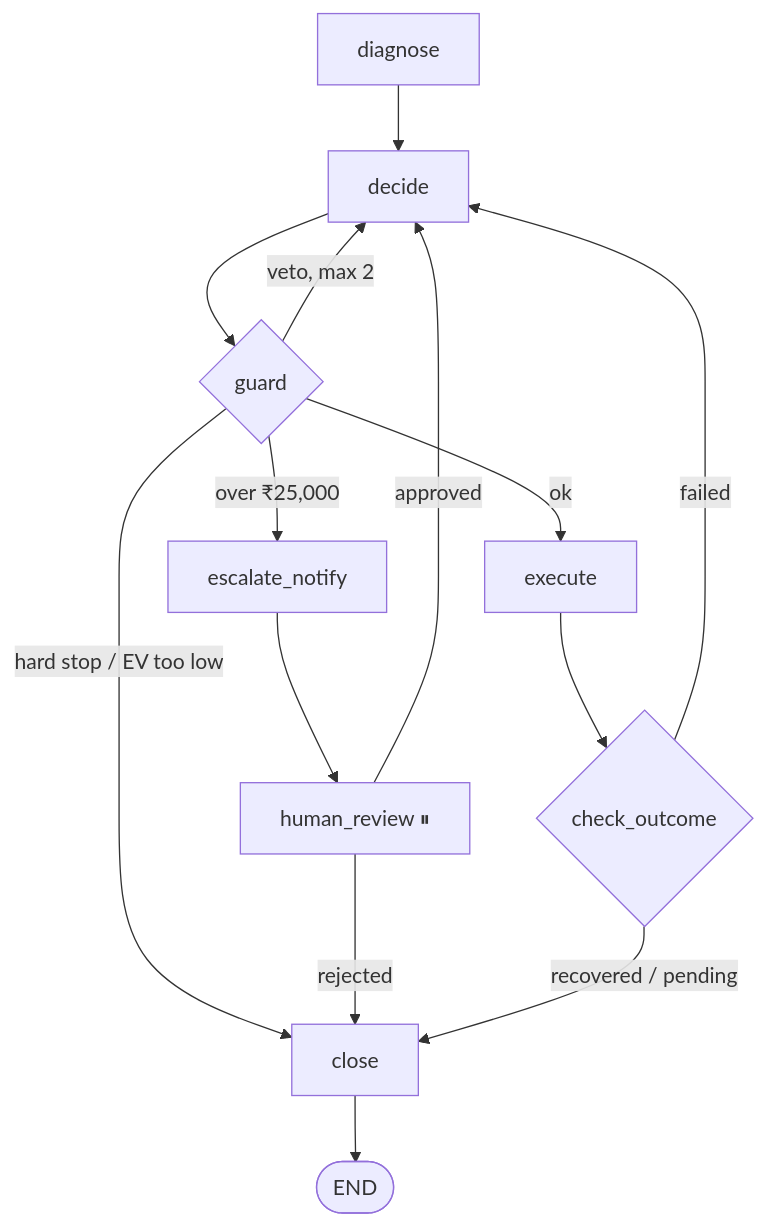
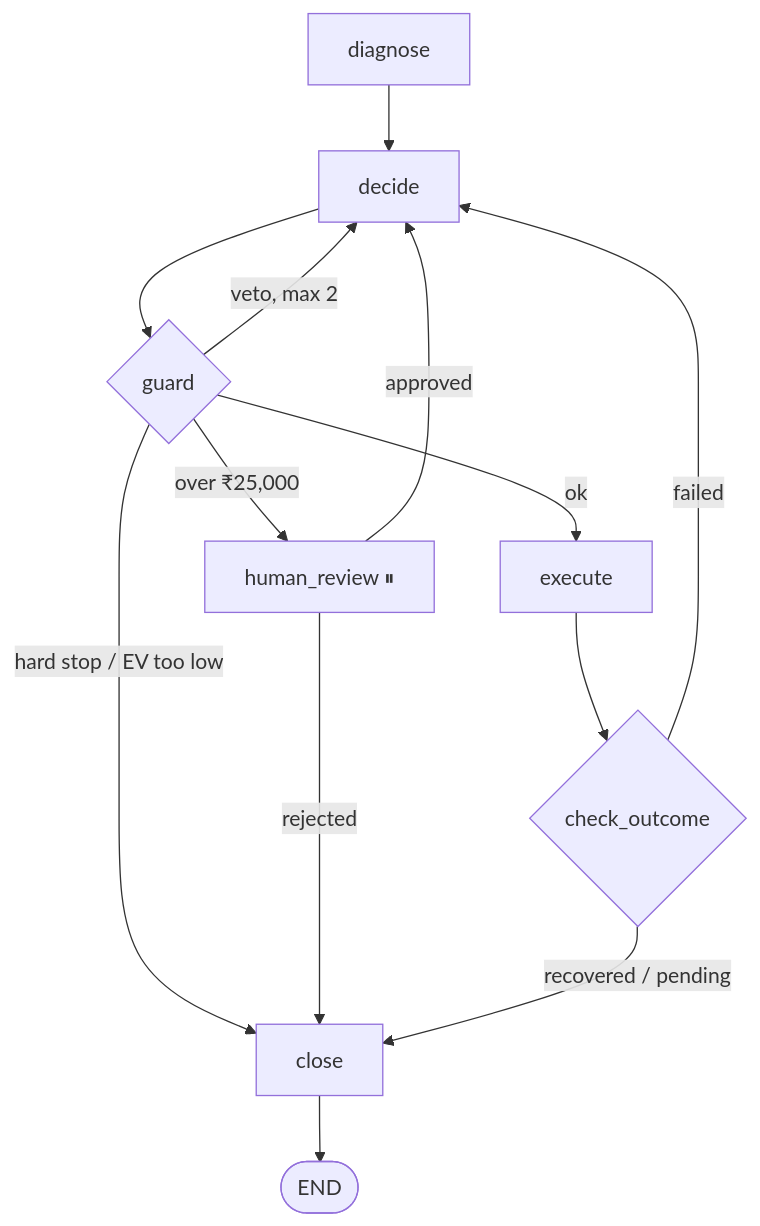
The second of 3 diagrams in README.md (engnaman7752/razorpay-revenue-recovery-engine), drawn with Mermaid before and after one commit. The commit also changed other lines of this file, not shown here.

````diff
--- a/README.md
+++ b/README.md
@@ -92,16 +90,15 @@
 ```mermaid
 flowchart TD
     A[diagnose] --> B[decide]
     B --> C{guard}
     C -->|ok| D[execute]
     C -->|veto, max 2| B
     C -->|hard stop / EV too low| F[close]
-    C -->|over ₹25,000| E[escalate_notify]
-    E --> H[human_review ⏸]
-    H -->|approved| B
-    H -->|rejected| F
+    C -->|over ₹25,000| E[human_review ⏸]
+    E -->|approved| B
+    E -->|rejected| F
     D --> G{check_outcome}
     G -->|recovered / pending| F
     G -->|failed| B
     F --> Z([END])
 ```
````
